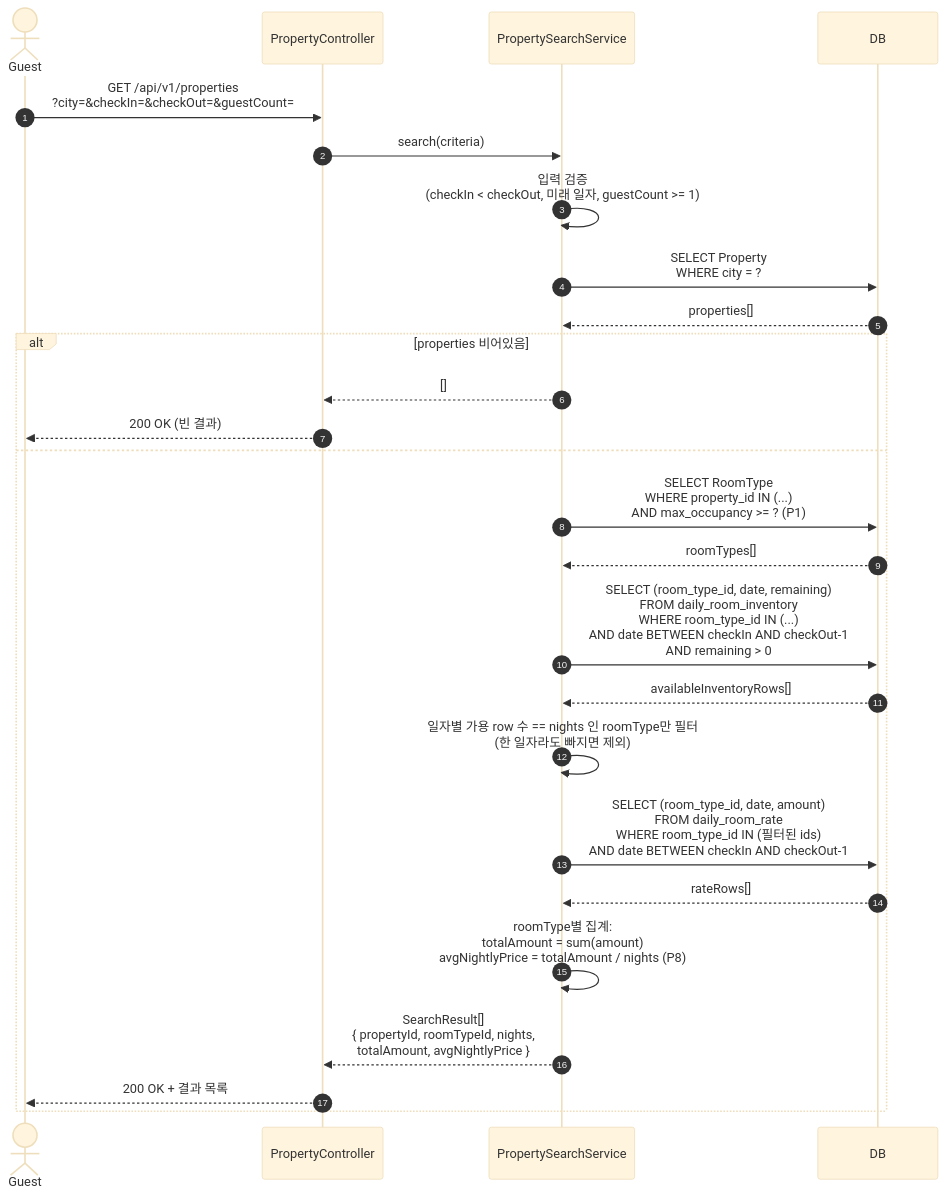
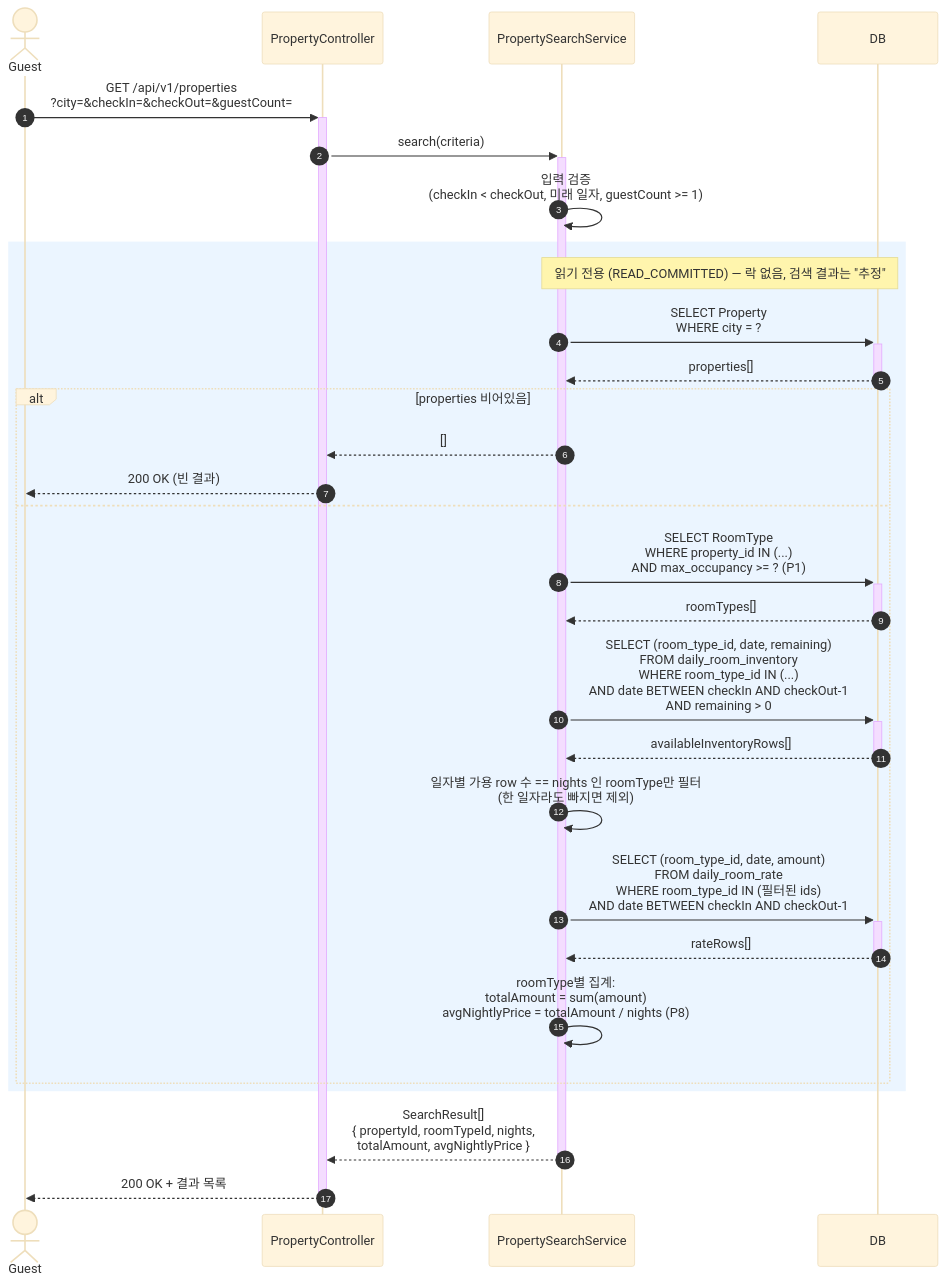
The third of 4 diagrams in docs/design/02-sequence-diagrams.md (hyujikoh/E-commerce-BE), drawn with Mermaid (base theme) before and after one commit. The commit also changed other lines of this file, not shown here.

First line of the commit message:
docs(design): 02-sequence-diagrams 활성화 막대·rect 트랜잭션·도해 가이드 보강

````diff
--- a/docs/design/02-sequence-diagrams.md
+++ b/docs/design/02-sequence-diagrams.md
@@ -202,36 +244,40 @@
 ```mermaid
 sequenceDiagram
   autonumber
   actor Guest
   participant Ctrl as PropertyController
   participant Svc as PropertySearchService
   participant DB
 
-  Guest->>Ctrl: GET /api/v1/properties<br/>?city=&checkIn=&checkOut=&guestCount=
-  Ctrl->>Svc: search(criteria)
+  Guest->>+Ctrl: GET /api/v1/properties<br/>?city=&checkIn=&checkOut=&guestCount=
+  Ctrl->>+Svc: search(criteria)
   Svc->>Svc: 입력 검증<br/>(checkIn < checkOut, 미래 일자, guestCount >= 1)
 
-  Svc->>DB: SELECT Property<br/>WHERE city = ?
-  DB-->>Svc: properties[]
+  rect rgb(235, 245, 255)
+    Note over Svc,DB: 읽기 전용 (READ_COMMITTED) — 락 없음, 검색 결과는 "추정"
 
-  alt properties 비어있음
-    Svc-->>Ctrl: []
-    Ctrl-->>Guest: 200 OK (빈 결과)
-  else
-    Svc->>DB: SELECT RoomType<br/>WHERE property_id IN (...)<br/>AND max_occupancy >= ?  (P1)
-    DB-->>Svc: roomTypes[]
+    Svc->>+DB: SELECT Property<br/>WHERE city = ?
+    DB-->>-Svc: properties[]
 
-    Svc->>DB: SELECT (room_type_id, date, remaining)<br/>FROM daily_room_inventory<br/>WHERE room_type_id IN (...)<br/>AND date BETWEEN checkIn AND checkOut-1<br/>AND remaining > 0
-    DB-->>Svc: availableInventoryRows[]
+    alt properties 비어있음
+      Svc-->>Ctrl: []
+      Ctrl-->>Guest: 200 OK (빈 결과)
+    else
+      Svc->>+DB: SELECT RoomType<br/>WHERE property_id IN (...)<br/>AND max_occupancy >= ?  (P1)
+      DB-->>-Svc: roomTypes[]
 
-    Svc->>Svc: 일자별 가용 row 수 == nights 인 roomType만 필터<br/>(한 일자라도 빠지면 제외)
+      Svc->>+DB: SELECT (room_type_id, date, remaining)<br/>FROM daily_room_inventory<br/>WHERE room_type_id IN (...)<br/>AND date BETWEEN checkIn AND checkOut-1<br/>AND remaining > 0
+      DB-->>-Svc: availableInventoryRows[]
 
-    Svc->>DB: SELECT (room_type_id, date, amount)<br/>FROM daily_room_rate<br/>WHERE room_type_id IN (필터된 ids)<br/>AND date BETWEEN checkIn AND checkOut-1
-    DB-->>Svc: rateRows[]
+      Svc->>Svc: 일자별 가용 row 수 == nights 인 roomType만 필터<br/>(한 일자라도 빠지면 제외)
 
-    Svc->>Svc: roomType별 집계:<br/>totalAmount = sum(amount)<br/>avgNightlyPrice = totalAmount / nights  (P8)
+      Svc->>+DB: SELECT (room_type_id, date, amount)<br/>FROM daily_room_rate<br/>WHERE room_type_id IN (필터된 ids)<br/>AND date BETWEEN checkIn AND checkOut-1
+      DB-->>-Svc: rateRows[]
 
-    Svc-->>Ctrl: SearchResult[]<br/>{ propertyId, roomTypeId, nights,<br/>  totalAmount, avgNightlyPrice }
-    Ctrl-->>Guest: 200 OK + 결과 목록
+      Svc->>Svc: roomType별 집계:<br/>totalAmount = sum(amount)<br/>avgNightlyPrice = totalAmount / nights  (P8)
+    end
   end
+
+  Svc-->>-Ctrl: SearchResult[]<br/>{ propertyId, roomTypeId, nights,<br/>  totalAmount, avgNightlyPrice }
+  Ctrl-->>-Guest: 200 OK + 결과 목록
 ```
````
